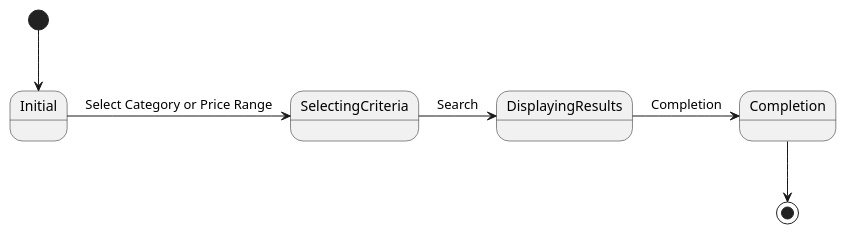
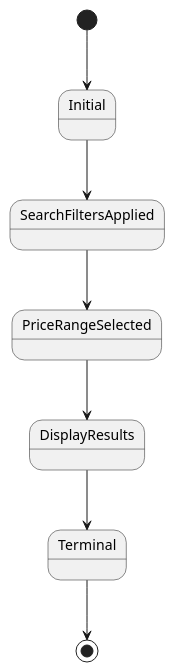
The diagram in results/plantuml_pipeline/runs/open_source__deepseek_r1_14b__few_shot_validation_generator_critic_repair__syntax_grounded/case_12_business_process_outsourcing_bpo_management_system_2/run_01.repair_01.puml (maimunafaria/State_transition_Diagram_generated_by_LLM), drawn with PlantUML before and after one commit. The commit also changed 349 other files, not shown here.

```diff
--- a/results/plantuml_pipeline/runs/open_source__deepseek_r1_14b__few_shot_validation_generator_critic_repair__syntax_grounded/case_12_business_process_outsourcing_bpo_management_system_2/run_01.repair_01.puml
+++ b/results/plantuml_pipeline/runs/open_source__deepseek_r1_14b__few_shot_validation_generator_critic_repair__syntax_grounded/case_12_business_process_outsourcing_bpo_management_system_2/run_01.repair_01.puml
@@ -1,7 +1,8 @@
 @startuml
 [*] --> Initial
-Initial -> SelectingCriteria : Select Category or Price Range
-SelectingCriteria -> DisplayingResults : Search
-DisplayingResults -> Completion : Completion
-Completion --> [*]
+Initial --> SearchFiltersApplied
+SearchFiltersApplied --> PriceRangeSelected
+PriceRangeSelected --> DisplayResults
+DisplayResults --> Terminal
+Terminal --> [*]
 @enduml
```
